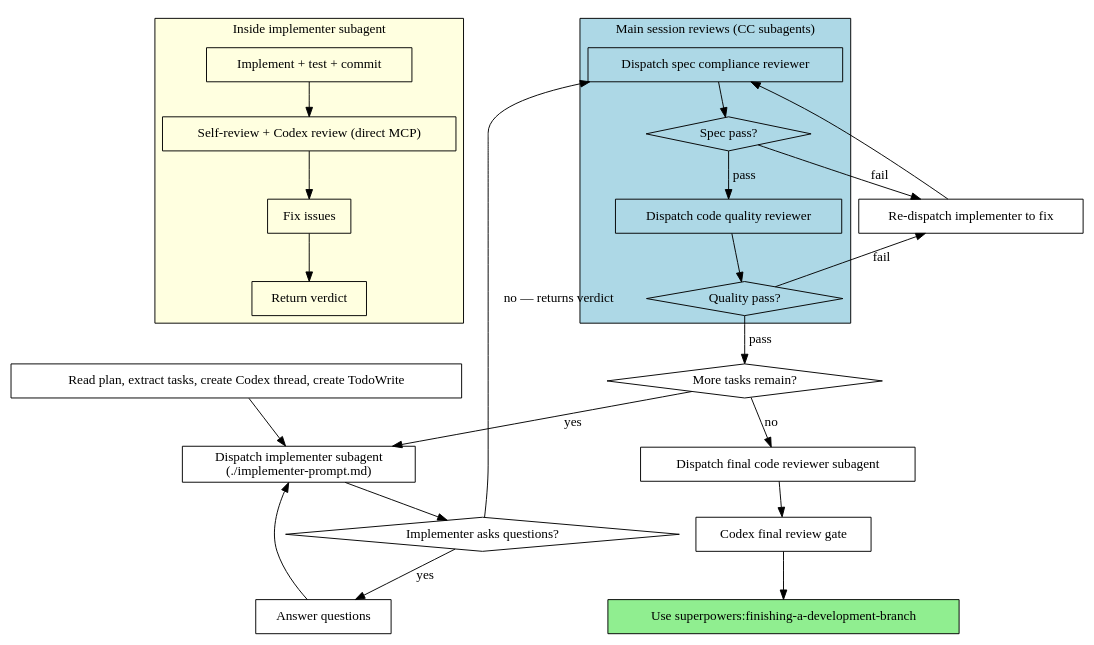
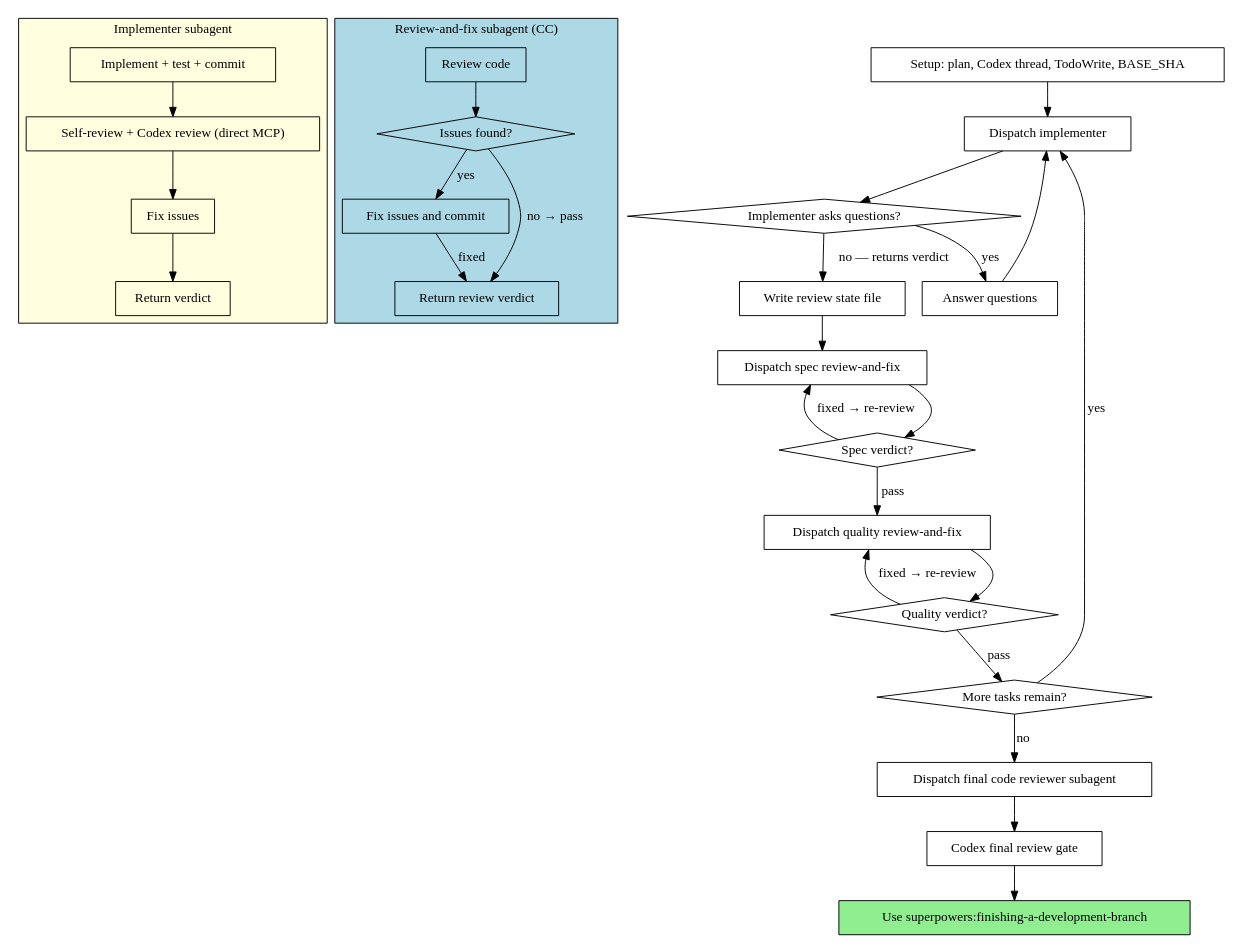
Before and after one commit to ebitoro/superpowers: the second of 2 diagrams in skills/subagent-driven-development/SKILL.md, drawn with Graphviz. The commit also changed other lines of this file and 2 other files, not shown here.

First line of the commit message:
feat(skills): review-and-fix subagents with disk-based state tracking

````diff
--- a/skills/subagent-driven-development/SKILL.md
+++ b/skills/subagent-driven-development/SKILL.md
@@ -73,56 +73,65 @@
 ```dot
 digraph process {
     rankdir=TB;
 
     subgraph cluster_implementer {
-        label="Inside implementer subagent";
+        label="Implementer subagent";
         style=filled;
         fillcolor=lightyellow;
         "Implement + test + commit" [shape=box];
         "Self-review + Codex review (direct MCP)" [shape=box];
         "Fix issues" [shape=box];
         "Return verdict" [shape=box];
 
         "Implement + test + commit" -> "Self-review + Codex review (direct MCP)";
         "Self-review + Codex review (direct MCP)" -> "Fix issues";
         "Fix issues" -> "Return verdict";
     }
 
-    subgraph cluster_main_reviews {
-        label="Main session reviews (CC subagents)";
+    subgraph cluster_review_fix {
+        label="Review-and-fix subagent (CC)";
         style=filled;
         fillcolor=lightblue;
-        "Dispatch spec compliance reviewer" [shape=box];
-        "Spec pass?" [shape=diamond];
-        "Dispatch code quality reviewer" [shape=box];
-        "Quality pass?" [shape=diamond];
+        "Review code" [shape=box];
+        "Issues found?" [shape=diamond];
+        "Fix issues and commit" [shape=box];
+        "Return review verdict" [shape=box];
+
+        "Review code" -> "Issues found?";
+        "Issues found?" -> "Return review verdict" [label="no → pass"];
+        "Issues found?" -> "Fix issues and commit" [label="yes"];
+        "Fix issues and commit" -> "Return review verdict" [label="fixed"];
     }
 
-    "Read plan, extract tasks, create Codex thread, create TodoWrite" [shape=box];
-    "Dispatch implementer subagent\n(./implementer-prompt.md)" [shape=box];
+    "Setup: plan, Codex thread, TodoWrite, BASE_SHA" [shape=box];
+    "Dispatch implementer" [shape=box];
     "Implementer asks questions?" [shape=diamond];
     "Answer questions" [shape=box];
-    "Re-dispatch implementer to fix" [shape=box];
+    "Write review state file" [shape=box];
+    "Dispatch spec review-and-fix" [shape=box];
+    "Spec verdict?" [shape=diamond];
+    "Dispatch quality review-and-fix" [shape=box];
+    "Quality verdict?" [shape=diamond];
     "More tasks remain?" [shape=diamond];
     "Dispatch final code reviewer subagent" [shape=box];
     "Codex final review gate" [shape=box];
     "Use superpowers:finishing-a-development-branch" [shape=box style=filled fillcolor=lightgreen];
 
-    "Read plan, extract tasks, create Codex thread, create TodoWrite" -> "Dispatch implementer subagent\n(./implementer-prompt.md)";
-    "Dispatch implementer subagent\n(./implementer-prompt.md)" -> "Implementer asks questions?";
+    "Setup: plan, Codex thread, TodoWrite, BASE_SHA" -> "Dispatch implementer";
+    "Dispatch implementer" -> "Implementer asks questions?";
     "Implementer asks questions?" -> "Answer questions" [label="yes"];
-    "Answer questions" -> "Dispatch implementer subagent\n(./implementer-prompt.md)";
-    "Implementer asks questions?" -> "Dispatch spec compliance reviewer" [label="no — returns verdict"];
-    "Dispatch spec compliance reviewer" -> "Spec pass?";
-    "Spec pass?" -> "Dispatch code quality reviewer" [label="pass"];
-    "Spec pass?" -> "Re-dispatch implementer to fix" [label="fail"];
-    "Re-dispatch implementer to fix" -> "Dispatch spec compliance reviewer";
-    "Dispatch code quality reviewer" -> "Quality pass?";
-    "Quality pass?" -> "More tasks remain?" [label="pass"];
-    "Quality pass?" -> "Re-dispatch implementer to fix" [label="fail"];
-    "More tasks remain?" -> "Dispatch implementer subagent\n(./implementer-prompt.md)" [label="yes"];
+    "Answer questions" -> "Dispatch implementer";
+    "Implementer asks questions?" -> "Write review state file" [label="no — returns verdict"];
+    "Write review state file" -> "Dispatch spec review-and-fix";
+    "Dispatch spec review-and-fix" -> "Spec verdict?";
+    "Spec verdict?" -> "Dispatch quality review-and-fix" [label="pass"];
+    "Spec verdict?" -> "Dispatch spec review-and-fix" [label="fixed → re-review"];
+    "Dispatch quality review-and-fix" -> "Quality verdict?";
+    "Quality verdict?" -> "More tasks remain?" [label="pass"];
+    "Quality verdict?" -> "Dispatch quality review-and-fix" [label="fixed → re-review"];
+    "More tasks remain?" -> "Dispatch implementer" [label="yes"];
     "More tasks remain?" -> "Dispatch final code reviewer subagent" [label="no"];
     "Dispatch final code reviewer subagent" -> "Codex final review gate";
     "Codex final review gate" -> "Use superpowers:finishing-a-development-branch";
 }
 ```
````
